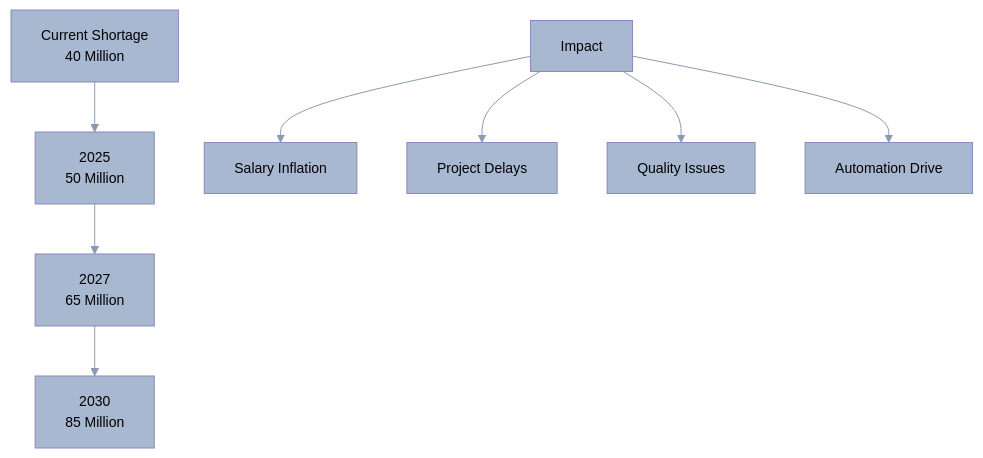
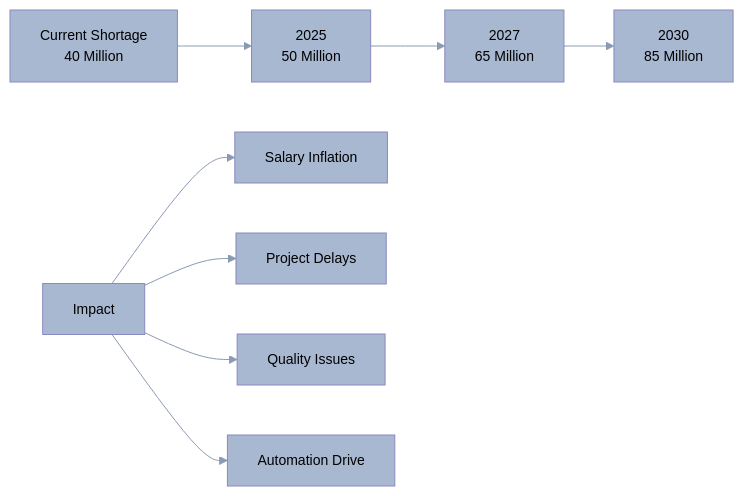
The sixth of 7 diagrams in business-documents/market-analysis/03-market-size-growth.md (o2alexanderfedin/AI-Hive-Business-Docs), drawn with Mermaid before and after one commit. The commit also changed other lines of this file, not shown here.

First line of the commit message:
feat: Improve timeline visualization with balanced colors

````diff
--- a/business-documents/market-analysis/03-market-size-growth.md
+++ b/business-documents/market-analysis/03-market-size-growth.md
@@ -441,73 +455,73 @@
 ```mermaid
 %%{init: {
   'theme': 'base',
   'themeVariables': {
     'primaryColor': '#A8B8D0',
     'primaryTextColor': '#000000',
     'primaryBorderColor': '#8A9AB2',
     'lineColor': '#8A9AB2',
     'secondaryColor': '#5DBCB6',
     'secondaryTextColor': '#000000',
     'secondaryBorderColor': '#3D9A94',
     'tertiaryColor': '#84D4F5',
     'tertiaryTextColor': '#000000',
     'tertiaryBorderColor': '#5ABCD8',
     'background': '#F5F5F5',
     'mainBkg': '#A8B8D0',
     'secondBkg': '#5DBCB6',
     'tertiaryBkg': '#84D4F5',
     'mainContrastColor': '#000000',
     'darkMode': false,
     'fontFamily': 'Arial, sans-serif',
     'fontSize': '14px',
     'labelBackground': '#E8E8E8',
     'textColor': '#000000',
     'nodeBkg': '#B3B2D8',
     'nodeTextColor': '#000000',
     'nodeBorder': '#8A89C0',
     'clusterBkg': '#E5C4CA',
     'clusterBorder': '#CDA2AB',
     'defaultLinkColor': '#8A9AB2',
     'titleColor': '#000000',
     'edgeLabelBackground': '#F5F5F5',
     'actorBorder': '#8A9AB2',
     'actorBkg': '#B3B2D8',
     'actorTextColor': '#000000',
     'actorLineColor': '#8A9AB2',
     'signalColor': '#000000',
     'signalTextColor': '#000000',
     'activationBorderColor': '#8A9AB2',
     'activationBkgColor': '#E5C4CA',
     'sequenceNumberColor': '#000000',
     'sectionBkgColor': '#FFD54F',
     'altSectionBkgColor': '#FFB74D',
     'sectionBkgColor2': '#E1B3C4',
     'taskBorderColor': '#8A9AB2',
     'taskBkgColor': '#B3B2D8',
     'taskTextColor': '#000000',
     'taskTextLightColor': '#000000',
     'taskTextOutsideColor': '#000000',
     'taskTextClickableColor': '#000000',
     'activeTaskBorderColor': '#A8B8D0',
     'activeTaskBkgColor': '#84D4F5',
     'gridColor': '#C0C0C0',
     'doneTaskBkgColor': '#5DBCB6',
     'doneTaskBorderColor': '#3D9A94',
     'critBorderColor': '#E27D00',
     'critBkgColor': '#FFB74D',
     'todayLineColor': '#E27D00',
     'labelColor': '#000000',
     'errorBkgColor': '#E1B3C4',
     'errorTextColor': '#000000'
   }
 }}%%
-graph TD
+graph LR
     A[Current Shortage<br/>40 Million] --> B[2025<br/>50 Million]
     B --> C[2027<br/>65 Million]
     C --> D[2030<br/>85 Million]
 
     E[Impact] --> F[Salary Inflation]
     E --> G[Project Delays]
     E --> H[Quality Issues]
     E --> I[Automation Drive]
 ```
````
